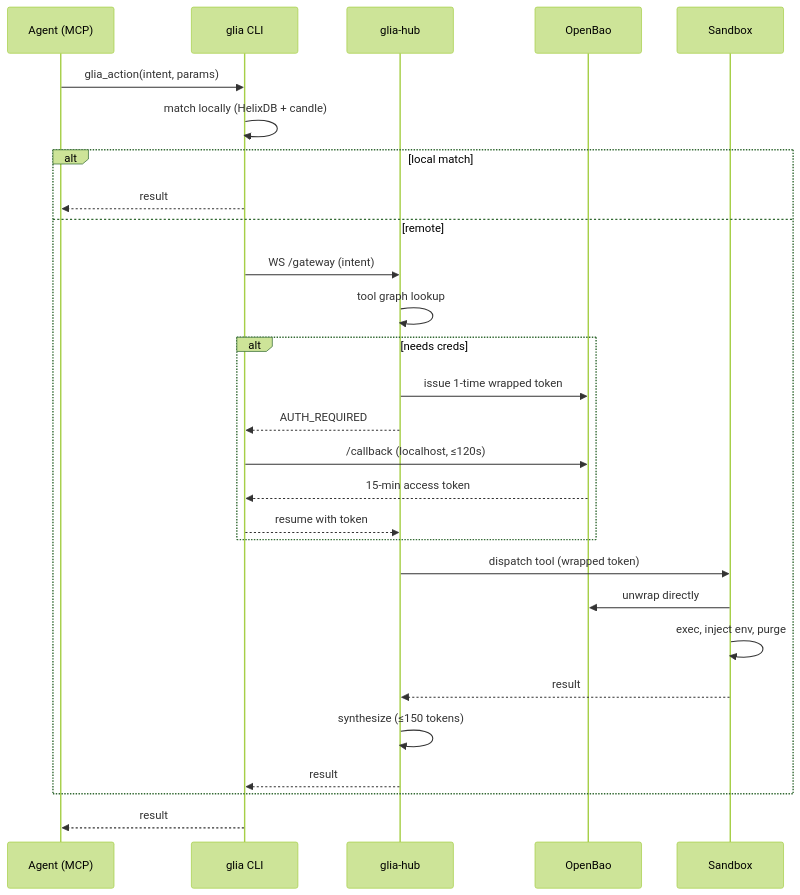
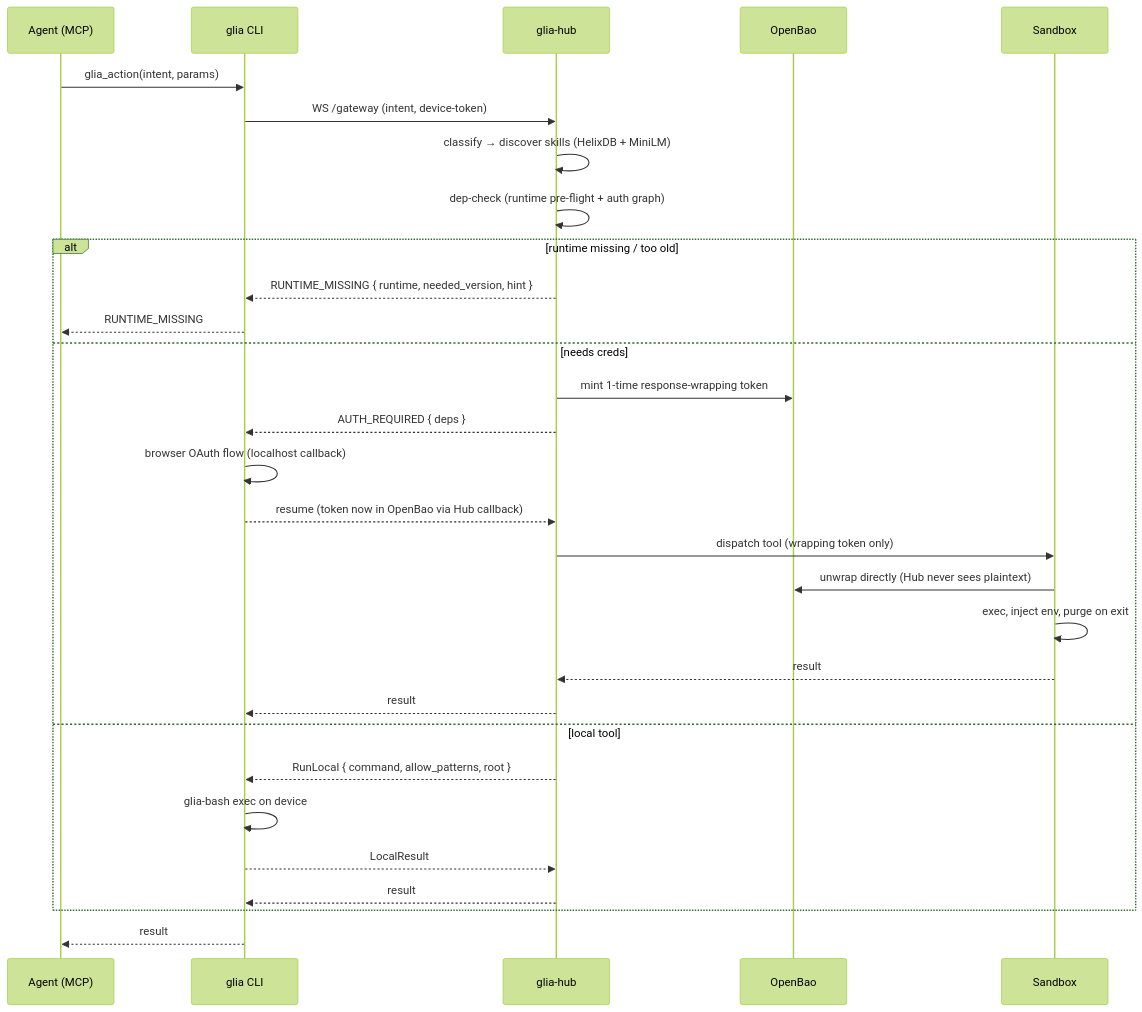
The second of 3 diagrams in docs/architecture.md (Vellixia/Glia), drawn with Mermaid (forest theme) before and after one commit. The commit also changed other lines of this file and 13 other files, not shown here.

First line of the commit message:
feat(phase-0): harden secrets, runtime pre-flight, doc truth-up, bridge URL fix

````diff
--- a/docs/architecture.md
+++ b/docs/architecture.md
@@ -60,31 +67,33 @@
 ```mermaid
 sequenceDiagram
     participant A as Agent (MCP)
     participant C as glia CLI
     participant H as glia-hub
     participant O as OpenBao
     participant S as Sandbox
 
     A->>C: glia_action(intent, params)
-    C->>C: match locally (HelixDB + candle)
-    alt local match
-        C-->>A: result
-    else remote
-        C->>H: WS /gateway (intent)
-        H->>H: tool graph lookup
-        alt needs creds
-            H->>O: issue 1-time wrapped token
-            H-->>C: AUTH_REQUIRED
-            C->>O: /callback (localhost, ≤120s)
-            O-->>C: 15-min access token
-            C-->>H: resume with token
-        end
-        H->>S: dispatch tool (wrapped token)
-        S->>O: unwrap directly
-        S->>S: exec, inject env, purge
+    C->>H: WS /gateway (intent, device-token)
+    H->>H: classify → discover skills (HelixDB + MiniLM)
+    H->>H: dep-check (runtime pre-flight + auth graph)
+    alt runtime missing / too old
+        H-->>C: RUNTIME_MISSING { runtime, needed_version, hint }
+        C-->>A: RUNTIME_MISSING
+    else needs creds
+        H->>O: mint 1-time response-wrapping token
+        H-->>C: AUTH_REQUIRED { deps }
+        C->>C: browser OAuth flow (localhost callback)
+        C-->>H: resume (token now in OpenBao via Hub callback)
+        H->>S: dispatch tool (wrapping token only)
+        S->>O: unwrap directly (Hub never sees plaintext)
+        S->>S: exec, inject env, purge on exit
         S-->>H: result
-        H->>H: synthesize (≤150 tokens)
+        H-->>C: result
+    else local tool
+        H-->>C: RunLocal { command, allow_patterns, root }
+        C->>C: glia-bash exec on device
+        C-->>H: LocalResult
         H-->>C: result
     end
     C-->>A: result
 ```
````
